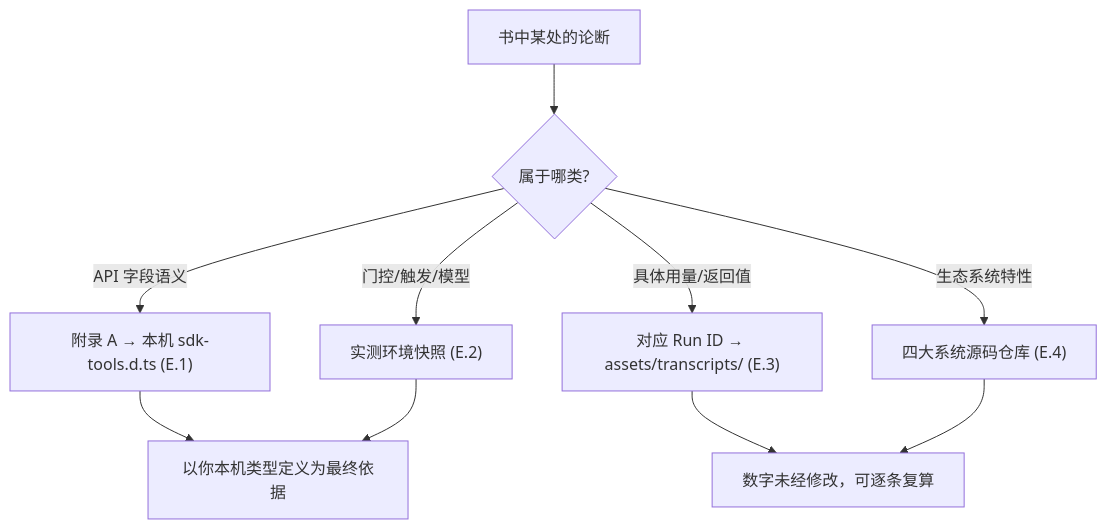
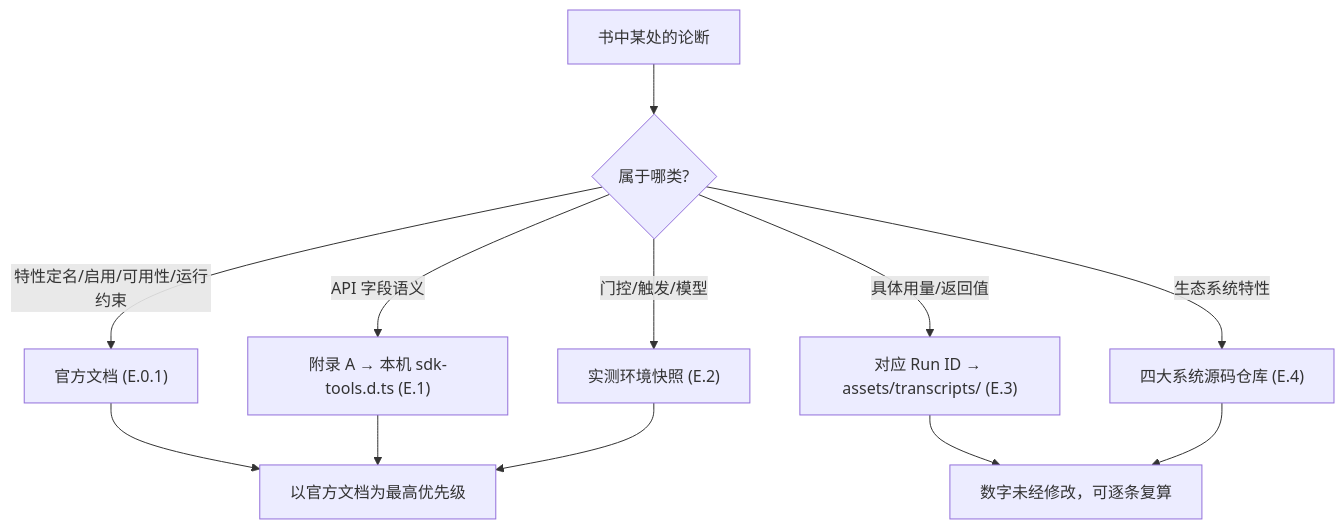
One commit to AGI-is-going-to-arrive/workflow-cookbook changed the diagram in docs/zh/app-e-sources.md. Above: the diagram before and after it, drawn with Mermaid. The commit also changed other lines of this file and 44 other files, not shown here.

````diff
--- a/docs/zh/app-e-sources.md
+++ b/docs/zh/app-e-sources.md
@@ -160,12 +180,14 @@
 ```mermaid
 flowchart TD
   A["书中某处的论断"] --> B{属于哪类?}
+  B -->|特性定名/启用/可用性/运行约束| Z["官方文档 (E.0.1)"]
   B -->|API 字段语义| C["附录 A → 本机 sdk-tools.d.ts (E.1)"]
   B -->|门控/触发/模型| D["实测环境快照 (E.2)"]
   B -->|具体用量/返回值| E["对应 Run ID → assets/transcripts/ (E.3)"]
   B -->|生态系统特性| F["四大系统源码仓库 (E.4)"]
-  C --> G["以你本机类型定义为最终依据"]
+  Z --> G["以官方文档为最高优先级"]
+  C --> G
   D --> G
   E --> H["数字未经修改，可逐条复算"]
   F --> H
 ```
````
